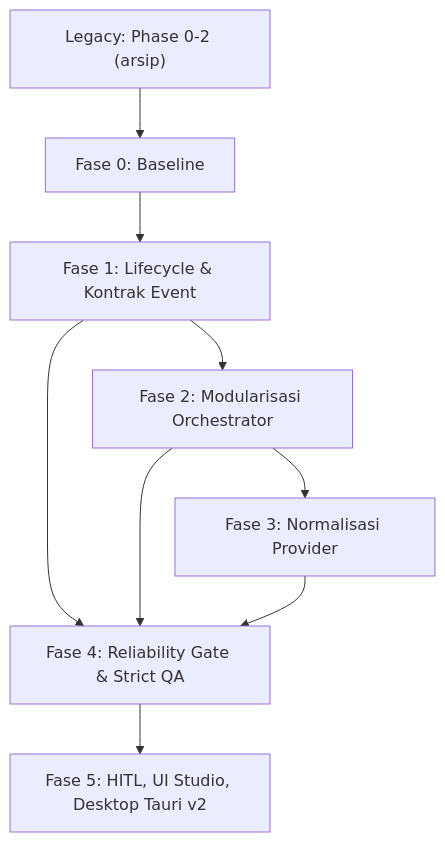
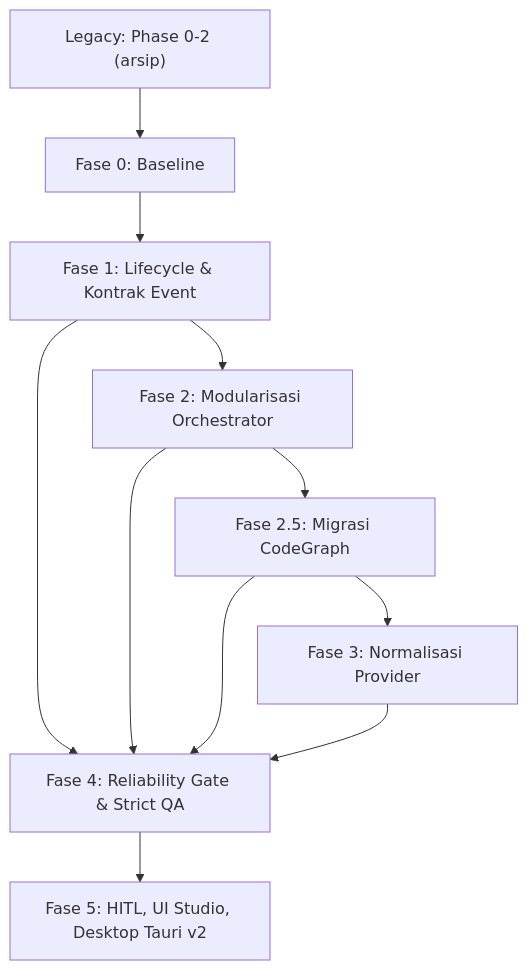
Before and after one commit to aditlab-code/aegiscode: the diagram in Roadmap.md, drawn with Mermaid. The commit also changed other lines of this file and 34 other files, not shown here.

````diff
--- a/Roadmap.md
+++ b/Roadmap.md
@@ -38,9 +39,10 @@
 ```mermaid
 graph TD
     L["Legacy: Phase 0-2 (arsip)"] --> F0["Fase 0: Baseline"]
     F0 --> F1["Fase 1: Lifecycle & Kontrak Event"]
     F1 --> F2["Fase 2: Modularisasi Orchestrator"]
-    F2 --> F3["Fase 3: Normalisasi Provider"]
-    F1 & F2 & F3 --> F4["Fase 4: Reliability Gate & Strict QA"]
+    F2 --> F2_5["Fase 2.5: Migrasi CodeGraph"]
+    F2_5 --> F3["Fase 3: Normalisasi Provider"]
+    F1 & F2 & F2_5 & F3 --> F4["Fase 4: Reliability Gate & Strict QA"]
     F4 --> F5["Fase 5: HITL, UI Studio, Desktop Tauri v2"]
 ```
````
